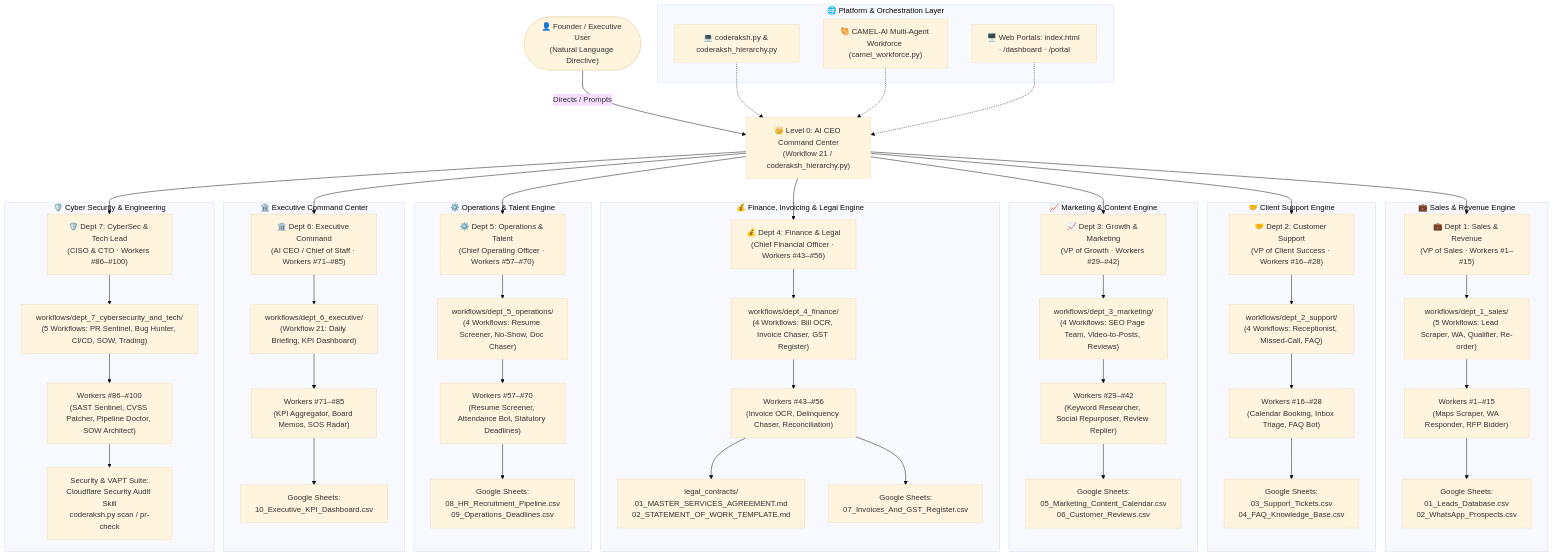
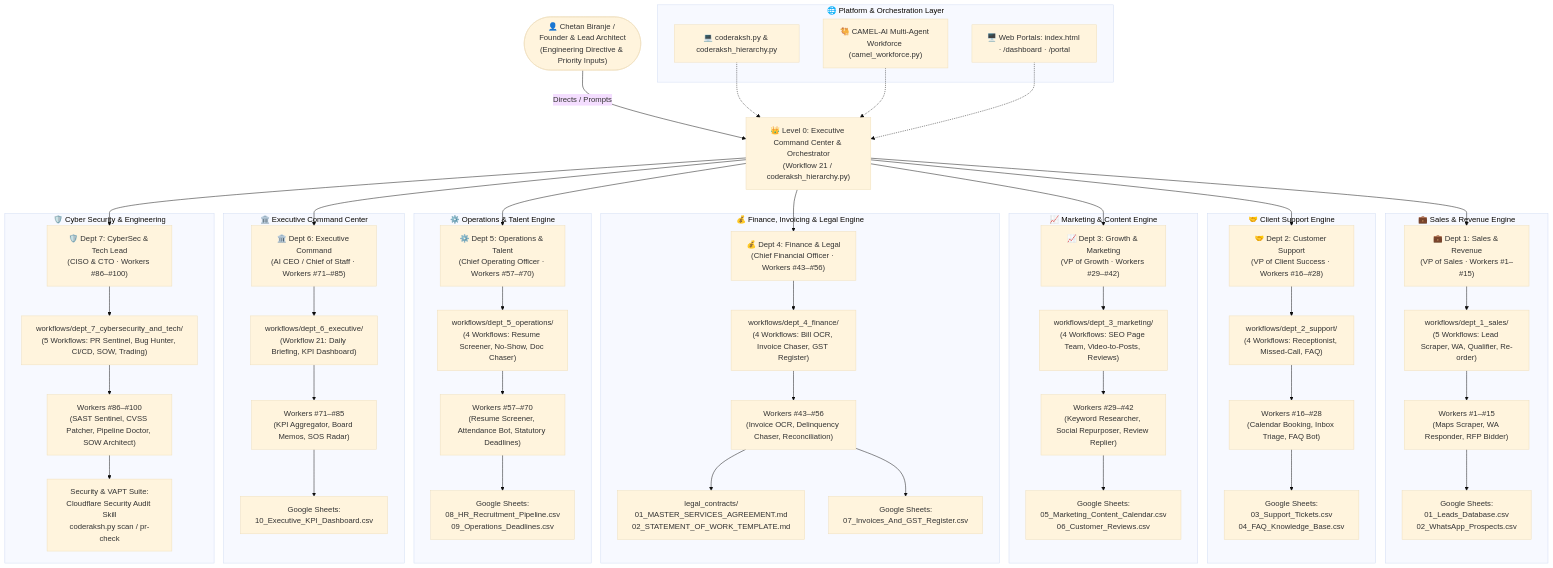
One commit to Chetan-Biranje/CodeRaksh-Company changed the diagram in AUTONOMOUS_SYSTEM_TREE.md. Above: the diagram before and after it, drawn with Mermaid (base theme). The commit also changed other lines of this file and 3 other files, not shown here.

Commit message:
docs: establish authentic human engineering authorship by Chetan Biranje and remove AI cliches

````diff
--- a/AUTONOMOUS_SYSTEM_TREE.md
+++ b/AUTONOMOUS_SYSTEM_TREE.md
@@ -20,77 +21,77 @@
 ```mermaid
 graph TD
     %% Executive Level
-    FOUNDER(["👤 Founder / Executive User<br/>(Natural Language Directive)"])
-    CEO["👑 Level 0: AI CEO Command Center<br/>(Workflow 21 / coderaksh_hierarchy.py)"]
+    FOUNDER(["👤 Chetan Biranje / Founder & Lead Architect<br/>(Engineering Directive & Priority Inputs)"])
+    CEO["👑 Level 0: Executive Command Center & Orchestrator<br/>(Workflow 21 / coderaksh_hierarchy.py)"]
     FOUNDER -->|"Directs / Prompts"| CEO
 
     %% 7 Department Leadership
     CEO --> D1["💼 Dept 1: Sales & Revenue<br/>(VP of Sales · Workers #1–#15)"]
     CEO --> D2["🤝 Dept 2: Customer Support<br/>(VP of Client Success · Workers #16–#28)"]
     CEO --> D3["📈 Dept 3: Growth & Marketing<br/>(VP of Growth · Workers #29–#42)"]
     CEO --> D4["💰 Dept 4: Finance & Legal<br/>(Chief Financial Officer · Workers #43–#56)"]
     CEO --> D5["⚙️ Dept 5: Operations & Talent<br/>(Chief Operating Officer · Workers #57–#70)"]
     CEO --> D6["🏛️ Dept 6: Executive Command<br/>(AI CEO / Chief of Staff · Workers #71–#85)"]
     CEO --> D7["🛡️ Dept 7: CyberSec & Tech Lead<br/>(CISO & CTO · Workers #86–#100)"]
 
     %% Dept 1 Workflows & Tools
     subgraph S1 ["💼 Sales & Revenue Engine"]
         D1 --> W1["workflows/dept_1_sales/<br/>(5 Workflows: Lead Scraper, WA, Qualifier, Re-order)"]
         W1 --> T1["Workers #1–#15<br/>(Maps Scraper, WA Responder, RFP Bidder)"]
         T1 --> SH1["Google Sheets:<br/>01_Leads_Database.csv<br/>02_WhatsApp_Prospects.csv"]
     end
 
     %% Dept 2 Workflows & Tools
     subgraph S2 ["🤝 Client Support Engine"]
         D2 --> W2["workflows/dept_2_support/<br/>(4 Workflows: Receptionist, Missed-Call, FAQ)"]
         W2 --> T2["Workers #16–#28<br/>(Calendar Booking, Inbox Triage, FAQ Bot)"]
         T2 --> SH2["Google Sheets:<br/>03_Support_Tickets.csv<br/>04_FAQ_Knowledge_Base.csv"]
     end
 
     %% Dept 3 Workflows & Tools
     subgraph S3 ["📈 Marketing & Content Engine"]
         D3 --> W3["workflows/dept_3_marketing/<br/>(4 Workflows: SEO Page Team, Video-to-Posts, Reviews)"]
         W3 --> T3["Workers #29–#42<br/>(Keyword Researcher, Social Repurposer, Review Replier)"]
         T3 --> SH3["Google Sheets:<br/>05_Marketing_Content_Calendar.csv<br/>06_Customer_Reviews.csv"]
     end
 
     %% Dept 4 Workflows & Tools
     subgraph S4 ["💰 Finance, Invoicing & Legal Engine"]
         D4 --> W4["workflows/dept_4_finance/<br/>(4 Workflows: Bill OCR, Invoice Chaser, GST Register)"]
         W4 --> T4["Workers #43–#56<br/>(Invoice OCR, Delinquency Chaser, Reconciliation)"]
         T4 --> LEG["legal_contracts/<br/>01_MASTER_SERVICES_AGREEMENT.md<br/>02_STATEMENT_OF_WORK_TEMPLATE.md"]
         T4 --> SH4["Google Sheets:<br/>07_Invoices_And_GST_Register.csv"]
     end
 
     %% Dept 5 Workflows & Tools
     subgraph S5 ["⚙️ Operations & Talent Engine"]
         D5 --> W5["workflows/dept_5_operations/<br/>(4 Workflows: Resume Screener, No-Show, Doc Chaser)"]
         W5 --> T5["Workers #57–#70<br/>(Resume Screener, Attendance Bot, Statutory Deadlines)"]
         T5 --> SH5["Google Sheets:<br/>08_HR_Recruitment_Pipeline.csv<br/>09_Operations_Deadlines.csv"]
     end
 
     %% Dept 6 Workflows & Tools
     subgraph S6 ["🏛️ Executive Command Center"]
         D6 --> W6["workflows/dept_6_executive/<br/>(Workflow 21: Daily Briefing, KPI Dashboard)"]
         W6 --> T6["Workers #71–#85<br/>(KPI Aggregator, Board Memos, SOS Radar)"]
         T6 --> SH6["Google Sheets:<br/>10_Executive_KPI_Dashboard.csv"]
     end
 
     %% Dept 7 Workflows & Tools
     subgraph S7 ["🛡️ Cyber Security & Engineering"]
         D7 --> W7["workflows/dept_7_cybersecurity_and_tech/<br/>(5 Workflows: PR Sentinel, Bug Hunter, CI/CD, SOW, Trading)"]
         W7 --> T7["Workers #86–#100<br/>(SAST Sentinel, CVSS Patcher, Pipeline Doctor, SOW Architect)"]
         T7 --> SEC["Security & VAPT Suite:<br/>Cloudflare Security Audit Skill<br/>coderaksh.py scan / pr-check"]
     end
 
     %% Platform Orchestration
     subgraph PLATFORM ["🌐 Platform & Orchestration Layer"]
         CLI["💻 coderaksh.py & coderaksh_hierarchy.py"]
         CAMEL["🐫 CAMEL-AI Multi-Agent Workforce (camel_workforce.py)"]
         WEB["🖥️ Web Portals: index.html · /dashboard · /portal"]
     end
 
     CLI -.-> CEO
     CAMEL -.-> CEO
     WEB -.-> CEO
 ```
````
